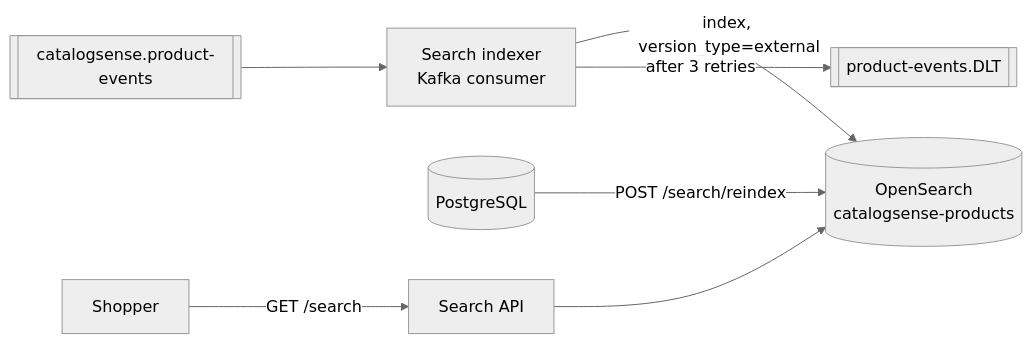
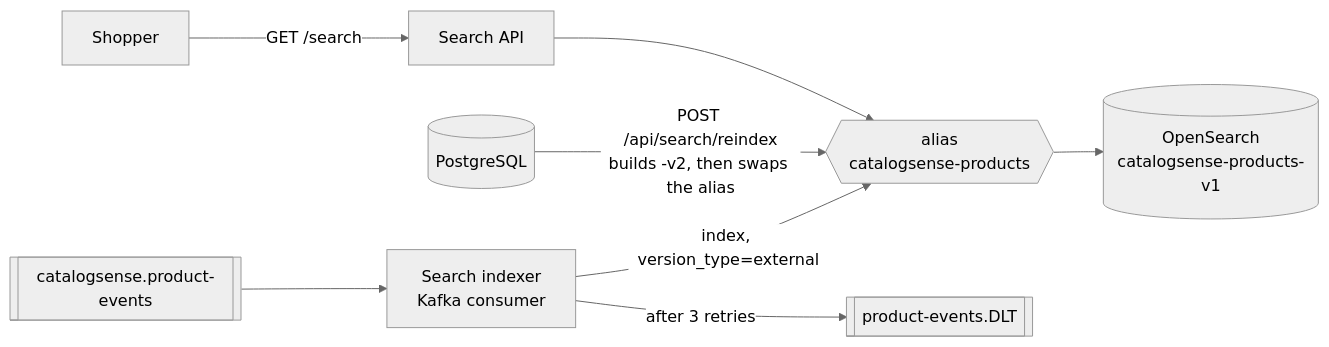
One commit to Djomkam/CatalogSense changed the third of 3 diagrams in README.md. Above: the diagram before and after it, drawn with Mermaid (neutral theme). The commit also changed other lines of this file and 144 other files, not shown here.

````diff
--- a/README.md
+++ b/README.md
@@ -78,8 +78,9 @@
 ```mermaid
 flowchart LR
     K[[catalogsense.product-events]] --> C[Search indexer<br/>Kafka consumer]
-    C -->|index, version_type=external| OS[(OpenSearch<br/>catalogsense-products)]
+    C -->|index, version_type=external| A{{alias<br/>catalogsense-products}}
+    A --> OS[(OpenSearch<br/>catalogsense-products-v1)]
     C -->|after 3 retries| DLT[[product-events.DLT]]
-    DB[(PostgreSQL)] -->|POST /search/reindex| OS
-    S[Shopper] -->|GET /search| API[Search API] --> OS
+    DB[(PostgreSQL)] -->|POST /api/search/reindex<br/>builds -v2, then swaps the alias| A
+    S[Shopper] -->|GET /search| API[Search API] --> A
 ```
````
